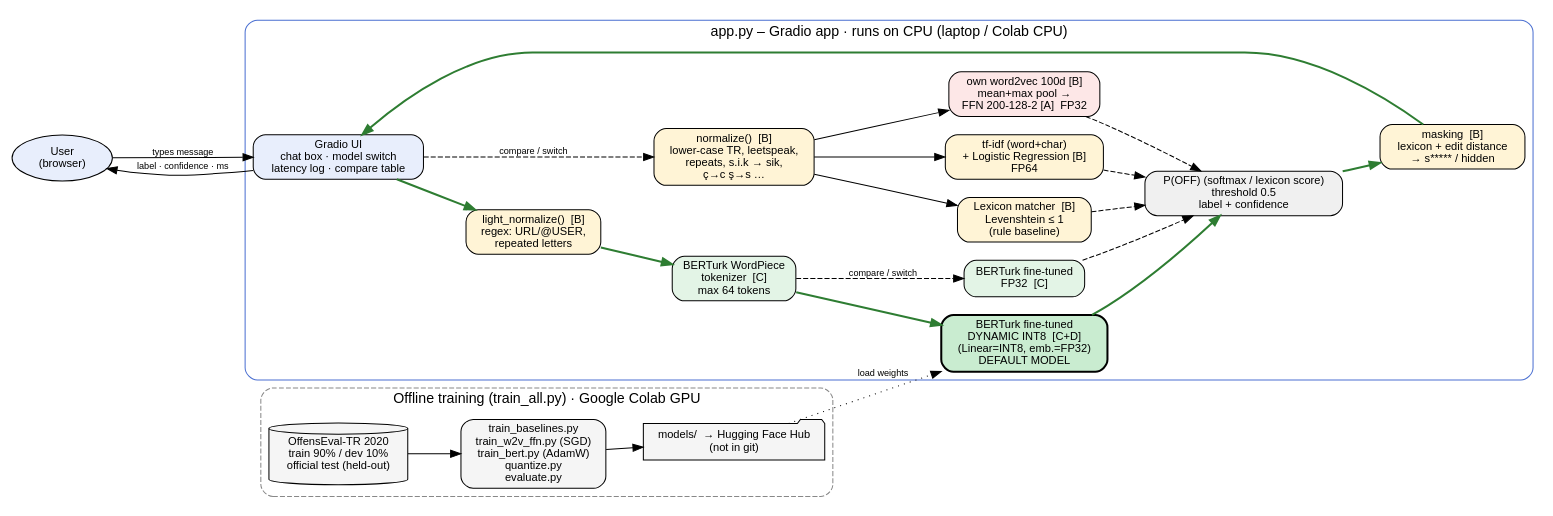
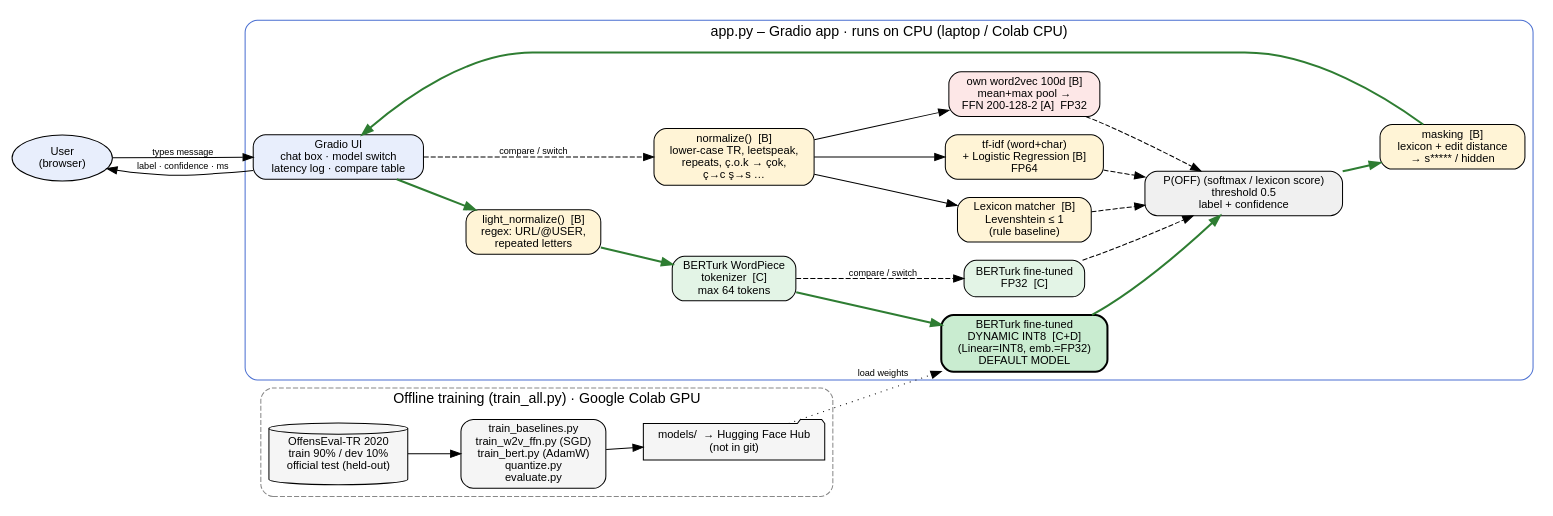
One commit to Esmanur11/swe015-chat-moderation changed the diagram in docs/architecture.dot. Above: the diagram before and after it, drawn with Graphviz. The commit also changed 9 other files, not shown here.

```diff
--- a/docs/architecture.dot
+++ b/docs/architecture.dot
@@ -1,35 +1,35 @@
 digraph G {
   rankdir=LR; fontname="Helvetica"; node [fontname="Helvetica", fontsize=11, shape=box, style="rounded,filled", fillcolor="#ffffff"];
   edge [fontname="Helvetica", fontsize=9];
   user [label="User\n(browser)", shape=oval, fillcolor="#e8eefc"];
 
   subgraph cluster_app { label="app.py – Gradio app · runs on CPU (laptop / Colab CPU)"; style="rounded"; color="#4a6fd1";
     ui   [label="Gradio UI\nchat box · model switch\nlatency log · compare table", fillcolor="#e8eefc"];
     ln   [label="light_normalize()  [B]\nregex: URL/@USER,\nrepeated letters", fillcolor="#fff4d6"];
     tok  [label="BERTurk WordPiece\ntokenizer  [C]\nmax 64 tokens", fillcolor="#e3f4e6"];
     q    [label="BERTurk fine-tuned\nDYNAMIC INT8  [C+D]\n(Linear=INT8, emb.=FP32)\nDEFAULT MODEL", fillcolor="#c9ecd0", penwidth=2];
     post [label="P(OFF) (softmax / lexicon score)\nthreshold 0.5\nlabel + confidence", fillcolor="#f0f0f0"];
     mask [label="masking  [B]\nlexicon + edit distance\n→ s***** / hidden", fillcolor="#fff4d6"];
-    nrm  [label="normalize()  [B]\nlower-case TR, leetspeak,\nrepeats, s.i.k → sik,\nç→c ş→s …", fillcolor="#fff4d6"];
+    nrm  [label="normalize()  [B]\nlower-case TR, leetspeak,\nrepeats, ç.o.k → çok,\nç→c ş→s …", fillcolor="#fff4d6"];
     lex  [label="Lexicon matcher  [B]\nLevenshtein ≤ 1\n(rule baseline)", fillcolor="#fff4d6"];
     tfidf[label="tf-idf (word+char)\n+ Logistic Regression [B]\nFP64", fillcolor="#fff4d6"];
     ffn  [label="own word2vec 100d [B]\nmean+max pool →\nFFN 200-128-2 [A]  FP32", fillcolor="#fde7e7"];
     fp32 [label="BERTurk fine-tuned\nFP32  [C]", fillcolor="#e3f4e6"];
   }
 
   subgraph cluster_off { label="Offline training (train_all.py) · Google Colab GPU"; style="rounded,dashed"; color="#888888";
     data [label="OffensEval-TR 2020\ntrain 90% / dev 10%\nofficial test (held-out)", shape=cylinder, fillcolor="#f5f5f5"];
     tr   [label="train_baselines.py\ntrain_w2v_ffn.py (SGD)\ntrain_bert.py (AdamW)\nquantize.py\nevaluate.py", fillcolor="#f5f5f5"];
     hub  [label="models/  → Hugging Face Hub\n(not in git)", shape=folder, fillcolor="#f5f5f5"];
   }
 
   user -> ui [label="types message"];
   ui -> ln -> tok -> q -> post -> mask -> ui [color="#2e7d32", penwidth=2];
   ui -> nrm [style=dashed, label="compare / switch"];
   nrm -> lex; nrm -> tfidf; nrm -> ffn;
   tok -> fp32 [style=dashed, label="compare / switch"];
   lex -> post [style=dashed]; tfidf -> post [style=dashed]; ffn -> post [style=dashed]; fp32 -> post [style=dashed];
   ui -> user [label="label · confidence · ms"];
   data -> tr -> hub;
   hub -> q [style=dotted, label="load weights"];
 }
```
